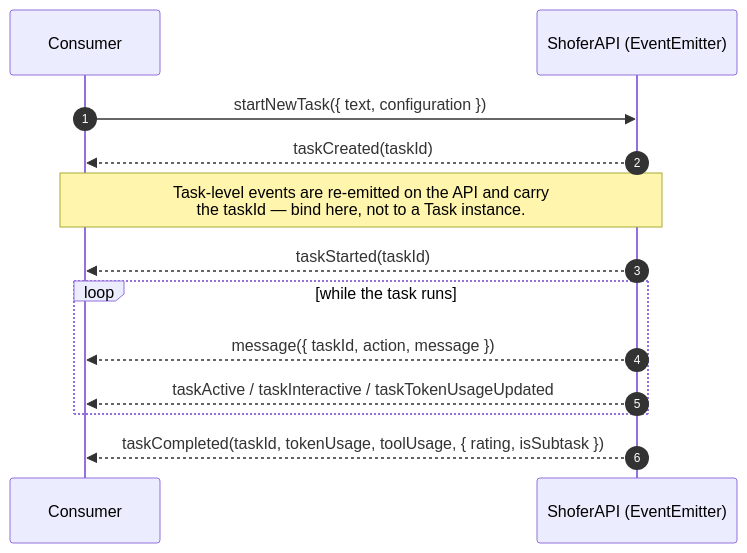
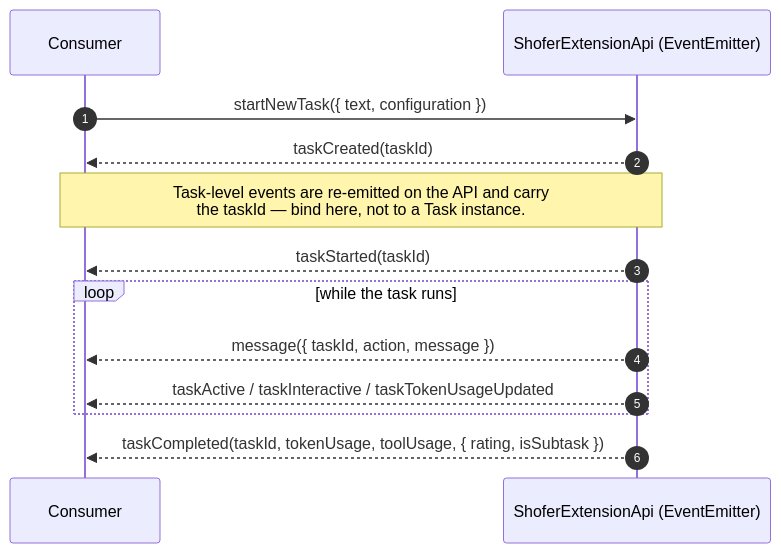
The first of 2 diagrams in docs/public_api.md (shofer-dev/shofer), drawn with Mermaid before and after one commit. The commit also changed other lines of this file and 64 other files, not shown here.

First line of the commit message:
refactor(api)!: rename AgentApi -> ShoferApi, ShoferAPI -> ShoferExtensionApi

````diff
--- a/docs/public_api.md
+++ b/docs/public_api.md
@@ -208,16 +208,16 @@
 ```mermaid
 sequenceDiagram
     autonumber
     participant C as Consumer
-    participant API as ShoferAPI (EventEmitter)
+    participant API as ShoferExtensionApi (EventEmitter)
 
     C->>API: startNewTask({ text, configuration })
     API-->>C: taskCreated(taskId)
     Note over C,API: Task-level events are re-emitted on the API and carry<br/>the taskId — bind here, not to a Task instance.
     API-->>C: taskStarted(taskId)
     loop while the task runs
         API-->>C: message({ taskId, action, message })
         API-->>C: taskActive / taskInteractive / taskTokenUsageUpdated
     end
     API-->>C: taskCompleted(taskId, tokenUsage, toolUsage, { rating, isSubtask })
 ```
````
